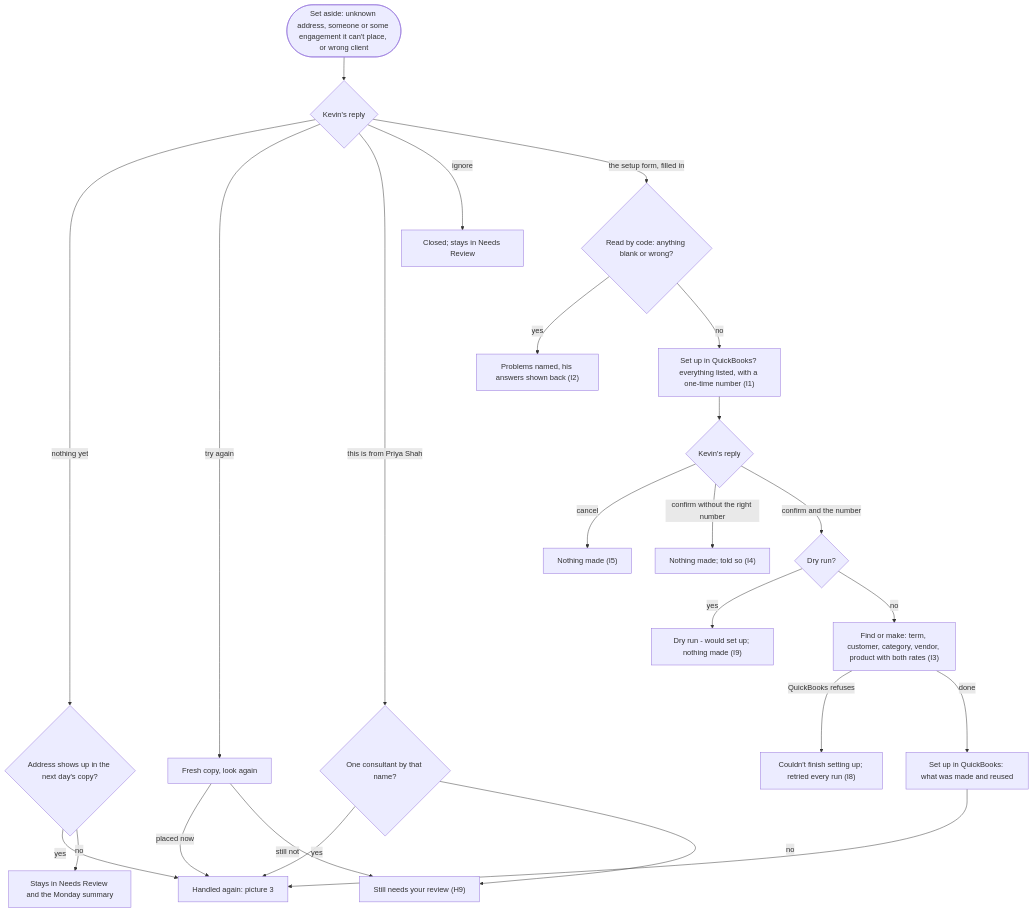
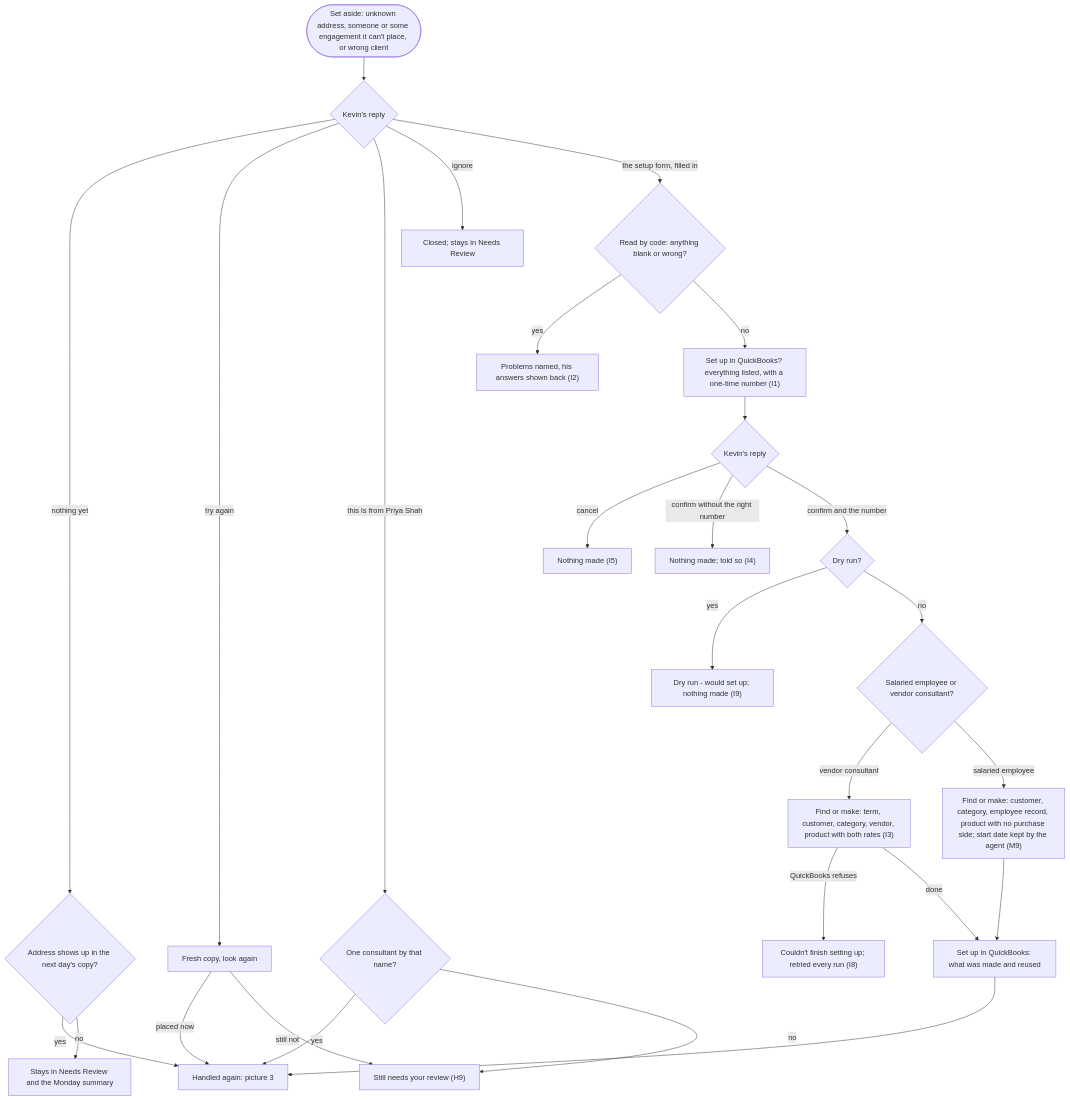
Before and after one commit to ARathie/finance-ops-agent: the sixth of 7 diagrams in docs/how-it-works.md, drawn with Mermaid. The commit also changed other lines of this file and 35 other files, not shown here.

````diff
--- a/docs/how-it-works.md
+++ b/docs/how-it-works.md
@@ -271,26 +273,29 @@
 ```mermaid
 flowchart TD
     s(["Set aside: unknown address, someone or some engagement it can't place, or wrong client"]) --> reply{"Kevin's reply"}
     reply -- "nothing yet" --> auto{"Address shows up in the next day's copy?"}
     auto -- "yes" --> handle["Handled again: picture 3"]
     auto -- "no" --> stays["Stays in Needs Review and the Monday summary"]
     reply -- "try again" --> look["Fresh copy, look again"]
     look -- "placed now" --> handle
     look -- "still not" --> stuck["Still needs your review (H9)"]
     reply -- "this is from Priya Shah" --> named{"One consultant by that name?"}
     named -- "yes" --> handle
     named -- "no" --> stuck
     reply -- "ignore" --> closed["Closed; stays in Needs Review"]
     reply -- "the setup form, filled in" --> form{"Read by code: anything blank or wrong?"}
     form -- "yes" --> fix["Problems named, his answers shown back (I2)"]
     form -- "no" --> confirm["Set up in QuickBooks? everything listed, with a one-time number (I1)"]
     confirm --> c{"Kevin's reply"}
     c -- "cancel" --> nochange["Nothing made (I5)"]
     c -- "confirm without the right number" --> nochange2["Nothing made; told so (I4)"]
     c -- "confirm and the number" --> drymode{"Dry run?"}
     drymode -- "yes" --> wouldset["Dry run - would set up; nothing made (I9)"]
-    drymode -- "no" --> create["Find or make: term, customer, category, vendor, product with both rates (I3)"]
+    drymode -- "no" --> kind{"Salaried employee or vendor consultant?"}
+    kind -- "vendor consultant" --> create["Find or make: term, customer, category, vendor, product with both rates (I3)"]
+    kind -- "salaried employee" --> createemp["Find or make: customer, category, employee record, product with no purchase side; start date kept by the agent (M9)"]
+    createemp --> madeit
     create -- "QuickBooks refuses" --> refused["Couldn't finish setting up; retried every run (I8)"]
     create -- "done" --> madeit["Set up in QuickBooks: what was made and reused"]
     madeit --> handle
 ```
````
